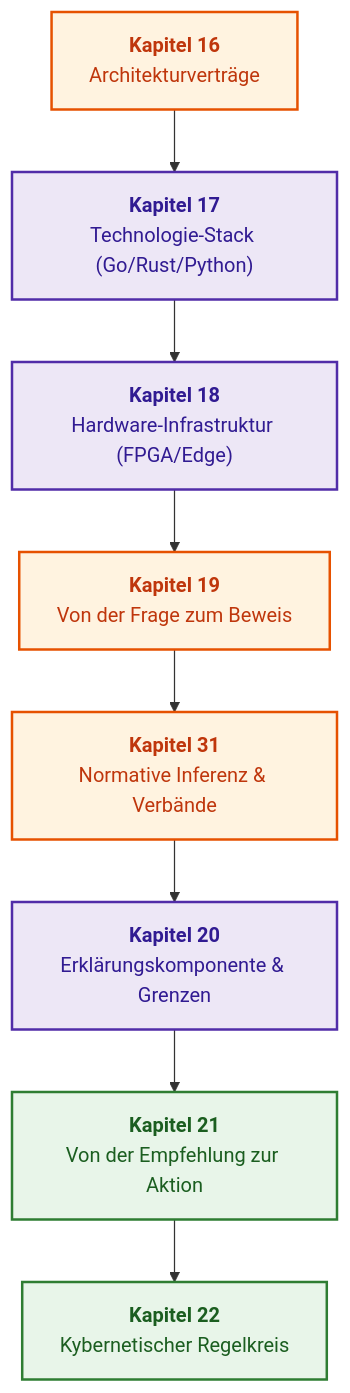
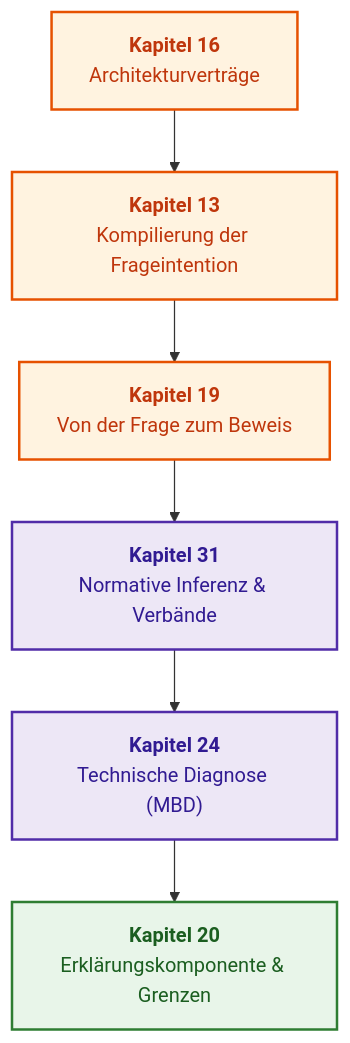
Before and after one commit to nick-fedchik/articles: the diagram in ExpertSystem/translations/de/part-04-architecture-and-inference.md, drawn with Mermaid. The commit also changed other lines of this file and 174 other files, not shown here.

````diff
--- a/ExpertSystem/translations/de/part-04-architecture-and-inference.md
+++ b/ExpertSystem/translations/de/part-04-architecture-and-inference.md
@@ -19,21 +19,19 @@
 ```mermaid
 flowchart TD
-    accTitle: Engineering-Vertikale von Teil IV
-    accDescr: Architektur, Stack, Hardware, Auffinden von Gründen, normative Inferenz, Erklärung, Aktion und kybernetische Rückkopplung.
+    accTitle: Logische und algorithmische Vertikale von Teil IV
+    accDescr: Architekturverträge, Anfragekompilierung, Auffinden von Evidenz, normative Inferenz, Systemdiagnose und Erklärungssynthese.
 
-    CH16["<b>Kapitel 16</b><br/>Architekturverträge"] --> CH17["<b>Kapitel 17</b><br/>Technologie-Stack (Go/Rust/Python)"]
-    CH17 --> CH18["<b>Kapitel 18</b><br/>Hardware-Infrastruktur (FPGA/Edge)"]
-    CH18 --> CH19["<b>Kapitel 19</b><br/>Von der Frage zum Beweis"]
+    CH16["<b>Kapitel 16</b><br/>Architekturverträge"] --> CH13["<b>Kapitel 13</b><br/>Kompilierung der Frageintention"]
+    CH13 --> CH19["<b>Kapitel 19</b><br/>Von der Frage zum Beweis"]
     CH19 --> CH31["<b>Kapitel 31</b><br/>Normative Inferenz & Verbände"]
-    CH31 --> CH20["<b>Kapitel 20</b><br/>Erklärungskomponente & Grenzen"]
-    CH20 --> CH21["<b>Kapitel 21</b><br/>Von der Empfehlung zur Aktion"]
-    CH21 --> CH22["<b>Kapitel 22</b><br/>Kybernetischer Regelkreis"]
+    CH31 --> CH24["<b>Kapitel 24</b><br/>Technische Diagnose (MBD)"]
+    CH24 --> CH20["<b>Kapitel 20</b><br/>Erklärungskomponente & Grenzen"]
 
     classDef arch fill:#fff3e0,stroke:#e65100,stroke-width:2px,color:#bf360c;
     classDef impl fill:#ede7f6,stroke:#512da8,stroke-width:2px,color:#311b92;
     classDef out fill:#e8f5e9,stroke:#2e7d32,stroke-width:2px,color:#1b5e20;
 
-    class CH16,CH19,CH31 arch;
-    class CH17,CH18,CH20 impl;
-    class CH21,CH22 out;
+    class CH16,CH13,CH19 arch;
+    class CH31,CH24 impl;
+    class CH20 out;
 ```
````
